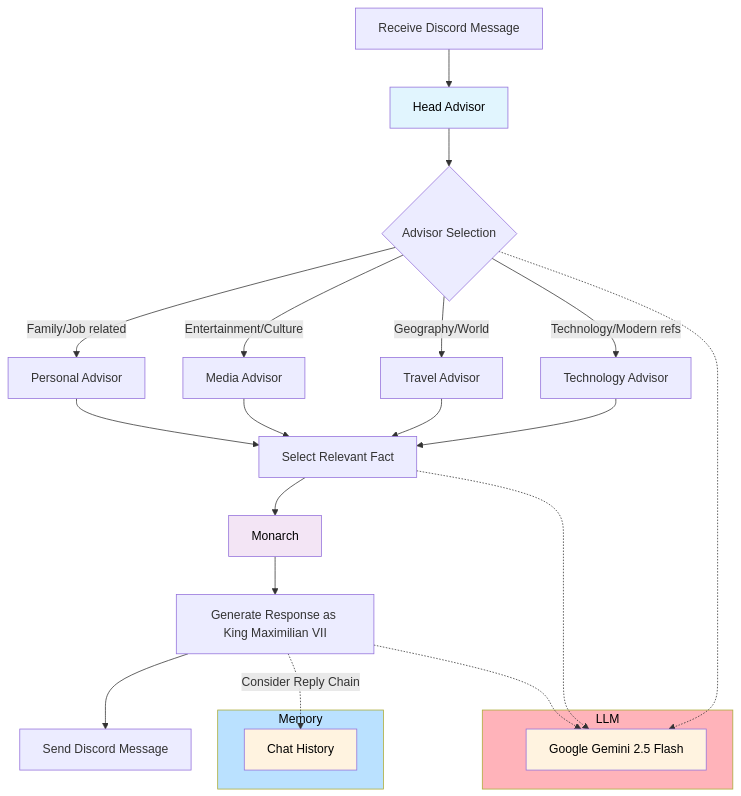
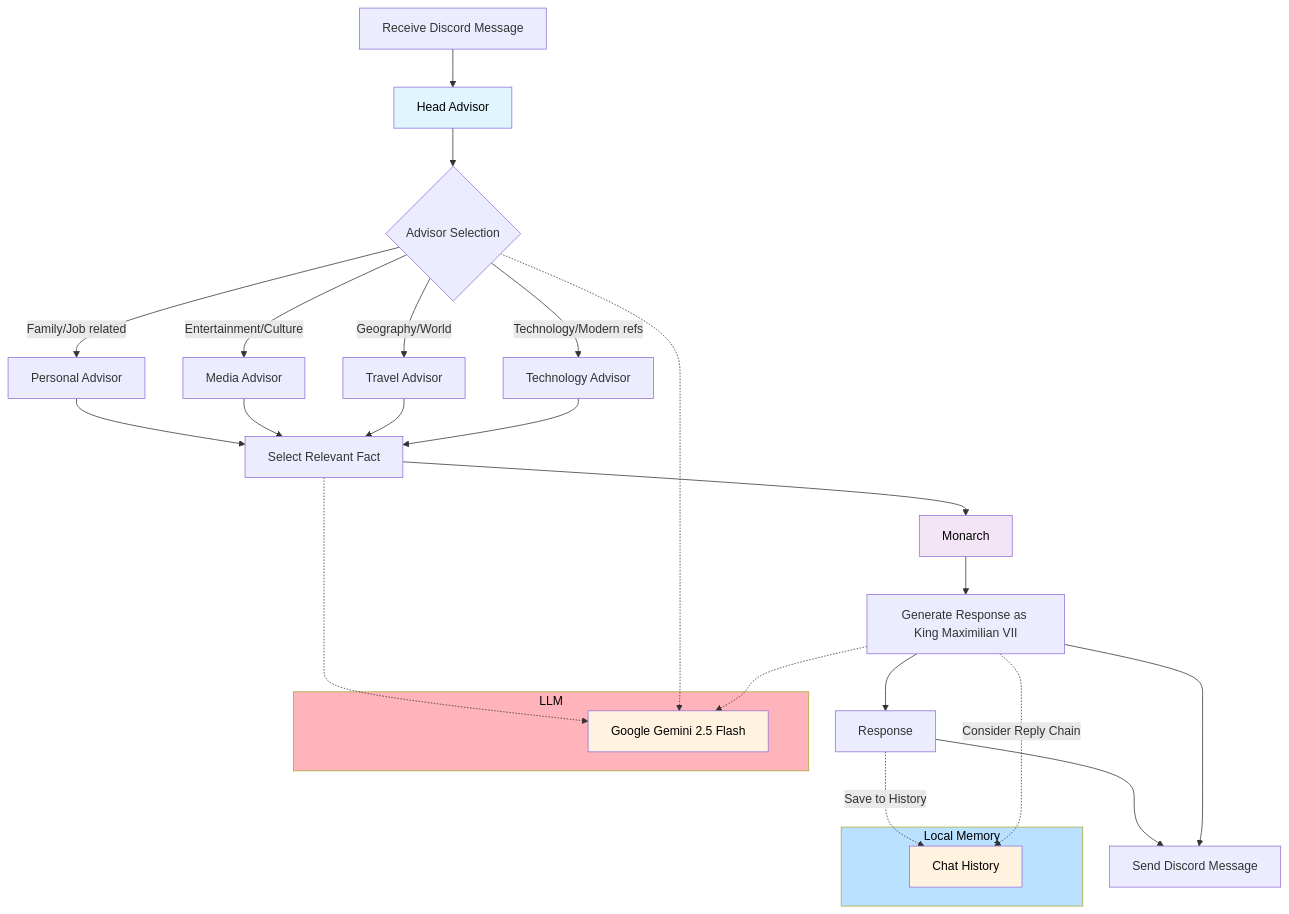
The diagram in README.md (nvdutta/15th-Century-Monarch), drawn with Mermaid before and after one commit. The commit also changed other lines of this file, not shown here.

````diff
--- a/README.md
+++ b/README.md
@@ -50,41 +50,44 @@
 ```mermaid
 graph TD
     A[Receive Discord Message] --> B[Head Advisor]
     B --> C{Advisor Selection}
     
     C -->|Family/Job related| I[Personal Advisor]
     C -->|Entertainment/Culture| J[Media Advisor]
     C -->|Geography/World| K[Travel Advisor]
     C -->|Technology/Modern refs| L[Technology Advisor]
     
     I --> M[Select Relevant Fact]
     J --> M
     K --> M
     L --> M
     
     M --> R[Monarch]
 
     R --> S[Generate Response as King Maximilian VII]
+    S --> Resp[Response]
+    Resp --> T
+    Resp -.->|Save to History| U
     S --> T[Send Discord Message]
-
-    subgraph MM[Memory]
+    
+    subgraph MM[Local Memory]
         U[Chat History]
     end
 
     S -.-> |Consider Reply Chain| U
     
     subgraph LLM[LLM]
         V[Google Gemini 2.5 Flash]
     end
     
     M -.-> V
     C -.-> V
     S -.-> V
     
     style B fill:#e1f5fe,color:#000000
     style R fill:#f3e5f5,color:#000000
     style V fill:#fff3e0,color:#000000
     style MM fill:#bae1ff, color:#000000
     style LLM fill:#ffb3ba, color:#000000
     style U fill:#fff3e0,color:#000000
 ```
````
